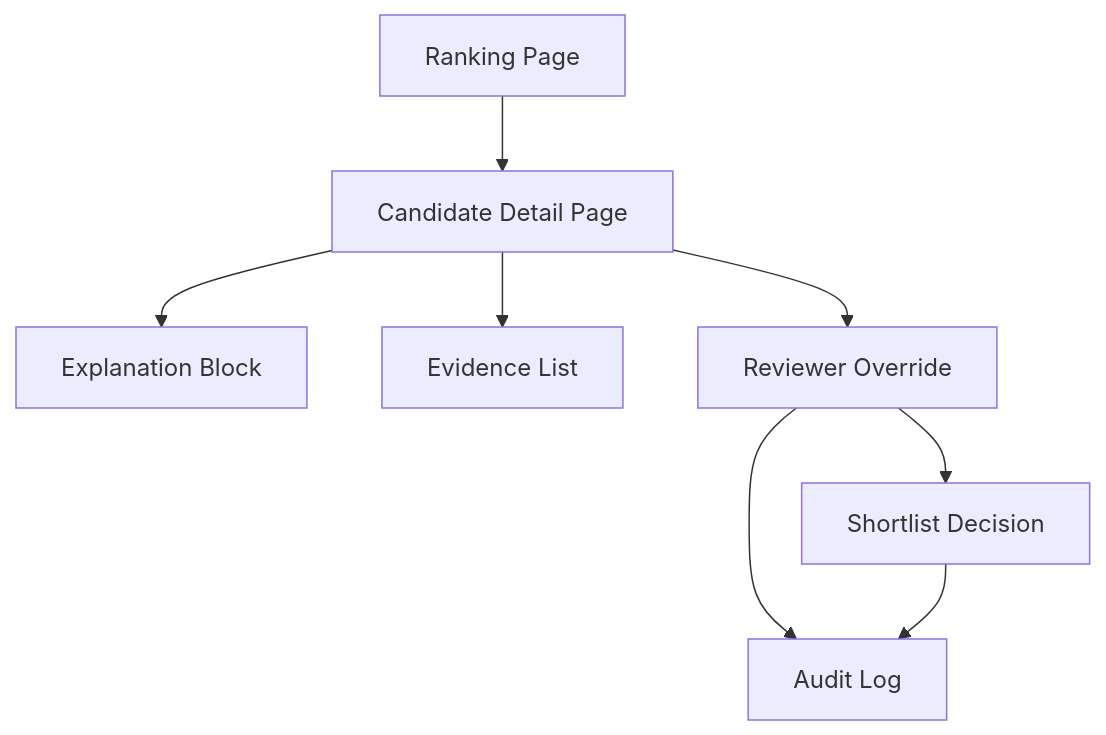
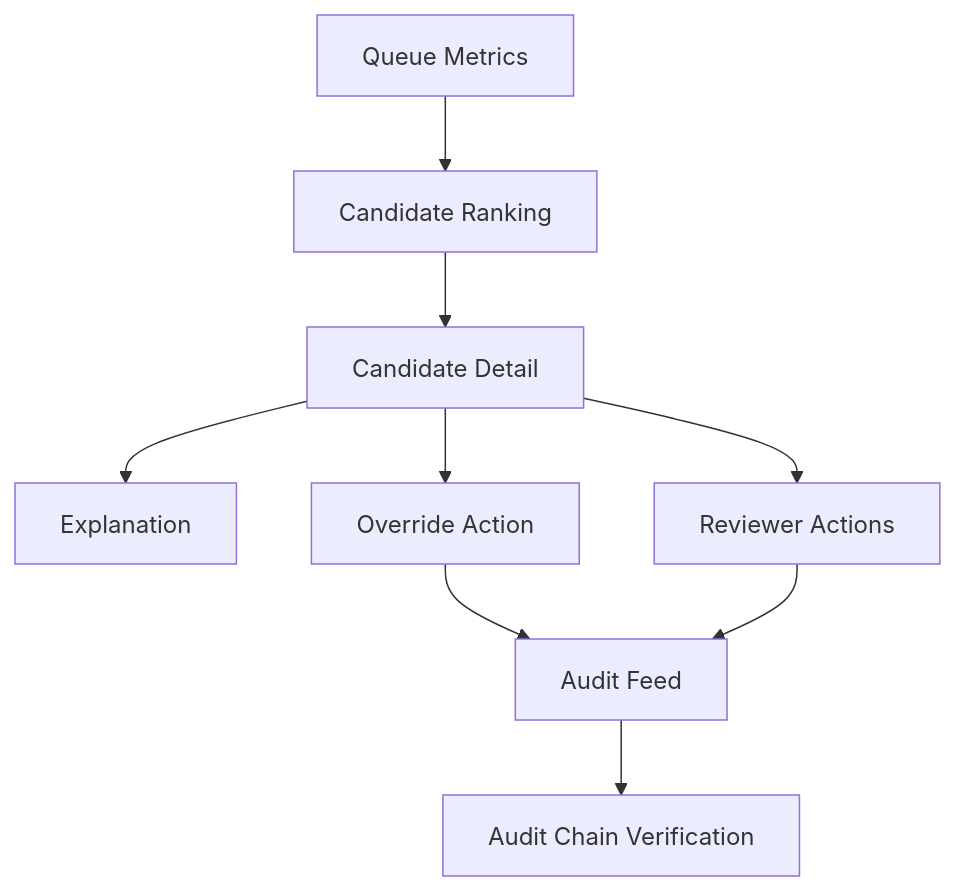
One commit to alenisaw/invision_u_Vi-Ka changed the second of 2 diagrams in docs/eng/API.md. Above: the diagram before and after it, drawn with Mermaid. The commit also changed other lines of this file and 101 other files, not shown here.

First line of the commit message:
feat(pipeline): introduce Redis-backed async processing and remove legacy sync flow

````diff
--- a/docs/eng/API.md
+++ b/docs/eng/API.md
@@ -279,18 +339,20 @@
 ```mermaid
 flowchart TD
-    Ranking["Ranking Page"]
-    Detail["Candidate Detail Page"]
-    Explanation["Explanation Block"]
-    Evidence["Evidence List"]
-    Override["Reviewer Override"]
-    Shortlist["Shortlist Decision"]
-    Audit["Audit Log"]
+    Queue["Queue Metrics"]
+    Ranking["Candidate Ranking"]
+    Detail["Candidate Detail"]
+    Explain["Explanation"]
+    Override["Override Action"]
+    Actions["Reviewer Actions"]
+    Audit["Audit Feed"]
+    Verify["Audit Chain Verification"]
 
+    Queue --> Ranking
     Ranking --> Detail
-    Detail --> Explanation
-    Detail --> Evidence
+    Detail --> Explain
     Detail --> Override
-    Override --> Shortlist
+    Detail --> Actions
     Override --> Audit
-    Shortlist --> Audit
+    Actions --> Audit
+    Audit --> Verify
 ```
````
